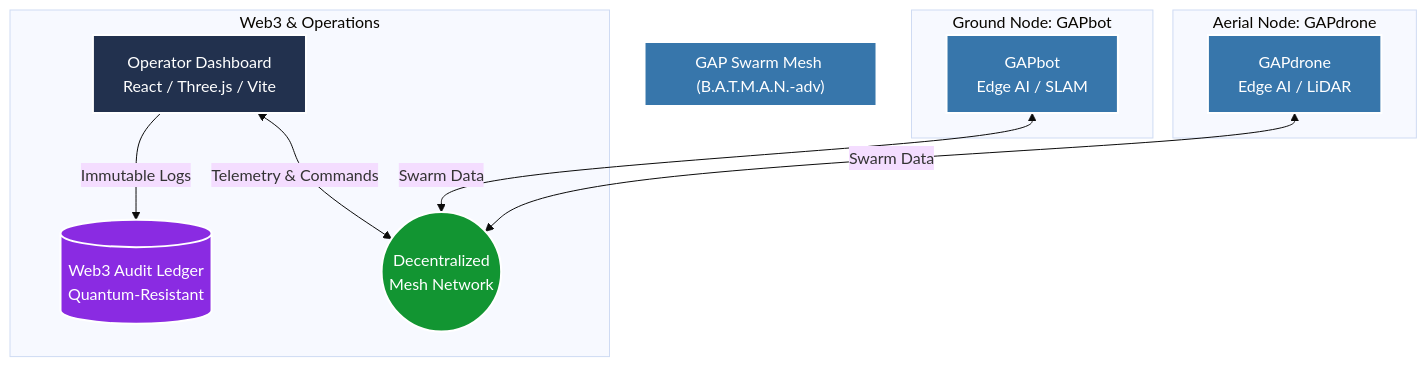
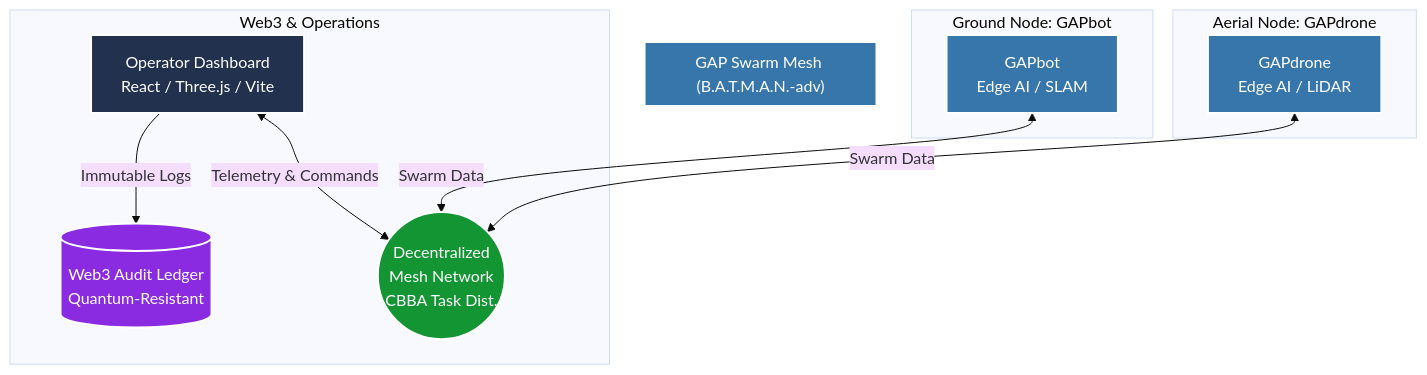
The first of 2 diagrams in ARCHITECTURE.md (PelleNybe/CoraxCoLABs-GAP-GreenAutomatedPlatform---GAPbot), drawn with Mermaid (base theme) before and after one commit. The commit also changed other lines of this file and 5 other files, not shown here.

````diff
--- a/ARCHITECTURE.md
+++ b/ARCHITECTURE.md
@@ -28,34 +28,34 @@
 ```mermaid
 flowchart TD
     subgraph "Web3 & Operations"
         Operator[Operator Dashboard <br/> React / Three.js / Vite]
         Ledger[(Web3 Audit Ledger <br/> Quantum-Resistant)]
         Operator <-->|Telemetry & Commands| MeshNetwork
         Operator -->|Immutable Logs| Ledger
     end
 
     subgraph "GAP Swarm Mesh (B.A.T.M.A.N.-adv)"
-        MeshNetwork((Decentralized <br/> Mesh Network))
+        MeshNetwork((Decentralized <br/> Mesh Network <br/> CBBA Task Dist.))
     end
 
     subgraph "Ground Node: GAPbot"
         GAPbot[GAPbot <br/> Edge AI / SLAM]
         GAPbot <-->|Swarm Data| MeshNetwork
     end
 
     subgraph "Aerial Node: GAPdrone"
         GAPdrone[GAPdrone <br/> Edge AI / LiDAR]
         GAPdrone <-->|Swarm Data| MeshNetwork
     end
 
     classDef operator fill:#22314E,stroke:#fff,stroke-width:2px,color:#fff;
     classDef mesh fill:#129532,stroke:#fff,stroke-width:2px,color:#fff;
     classDef node fill:#3776AB,stroke:#fff,stroke-width:2px,color:#fff;
     classDef ledger fill:#8A2BE2,stroke:#fff,stroke-width:2px,color:#fff;
 
     class Operator operator;
     class MeshNetwork mesh;
     class GAPbot node;
     class GAPdrone node;
     class Ledger ledger;
 ```
````
